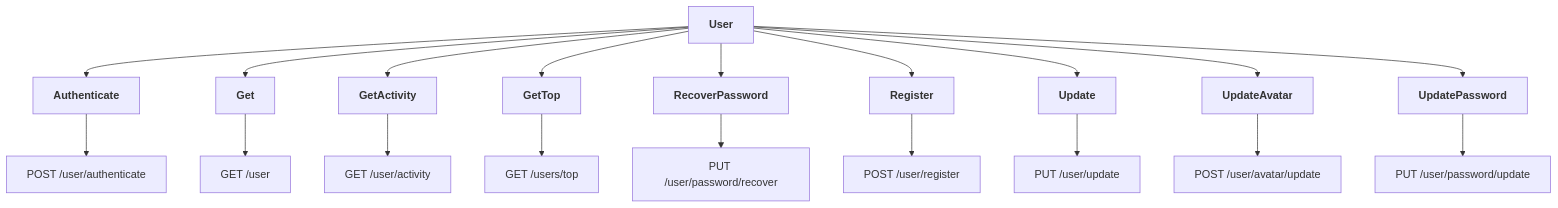
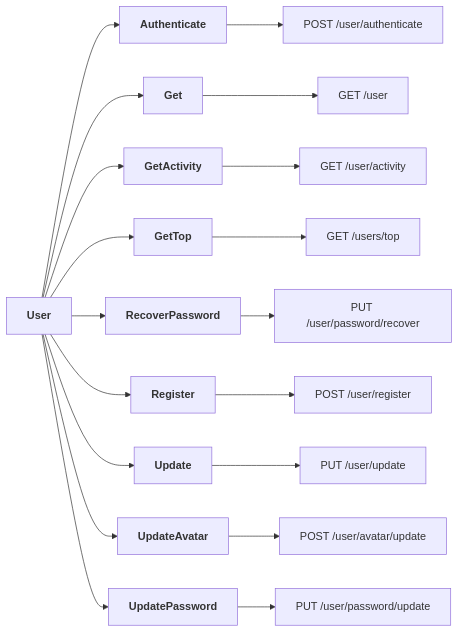
One commit to Karmello/ask-the-world-api changed the second of 2 diagrams in README.md. Above: the diagram before and after it, drawn with Mermaid. The commit also changed other lines of this file, not shown here.

````diff
--- a/README.md
+++ b/README.md
@@ -16,12 +16,12 @@
 ```mermaid
-flowchart
+flowchart LR
 ROOT[<b>User</b>] --> A1[<b>Authenticate</b>] --> A2[POST /user/authenticate]
 ROOT --> B1[<b>Get</b>] --> B2[GET /user]
 ROOT --> C1[<b>GetActivity</b>] --> C2[GET /user/activity]
 ROOT --> D1[<b>GetTop</b>] --> D2[GET /users/top]
 ROOT --> E1[<b>RecoverPassword</b>] --> E2[PUT /user/password/recover]
 ROOT --> F1[<b>Register</b>] --> F2[POST /user/register]
 ROOT --> G1[<b>Update</b>] --> G2[PUT /user/update]
 ROOT --> H1[<b>UpdateAvatar</b>] --> H2[POST /user/avatar/update]
 ROOT --> I1[<b>UpdatePassword</b>] --> I2[PUT /user/password/update]
 ```
````
